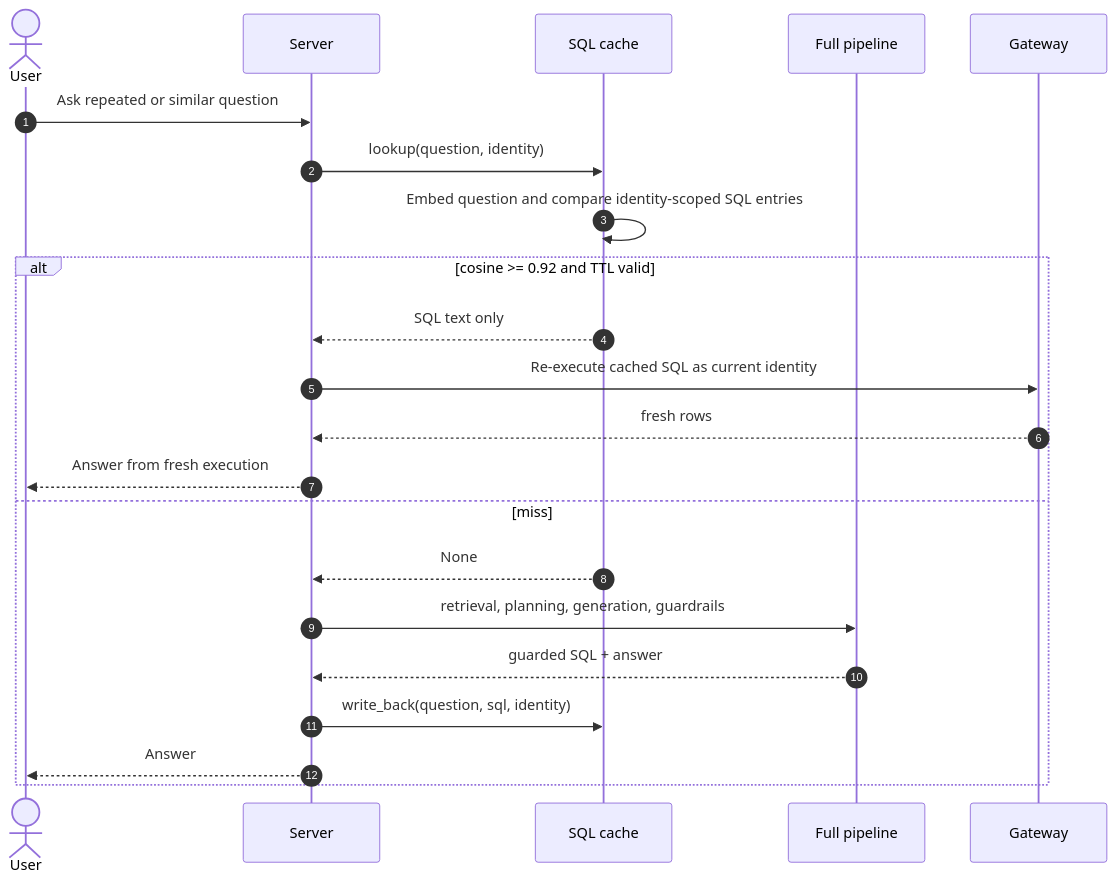
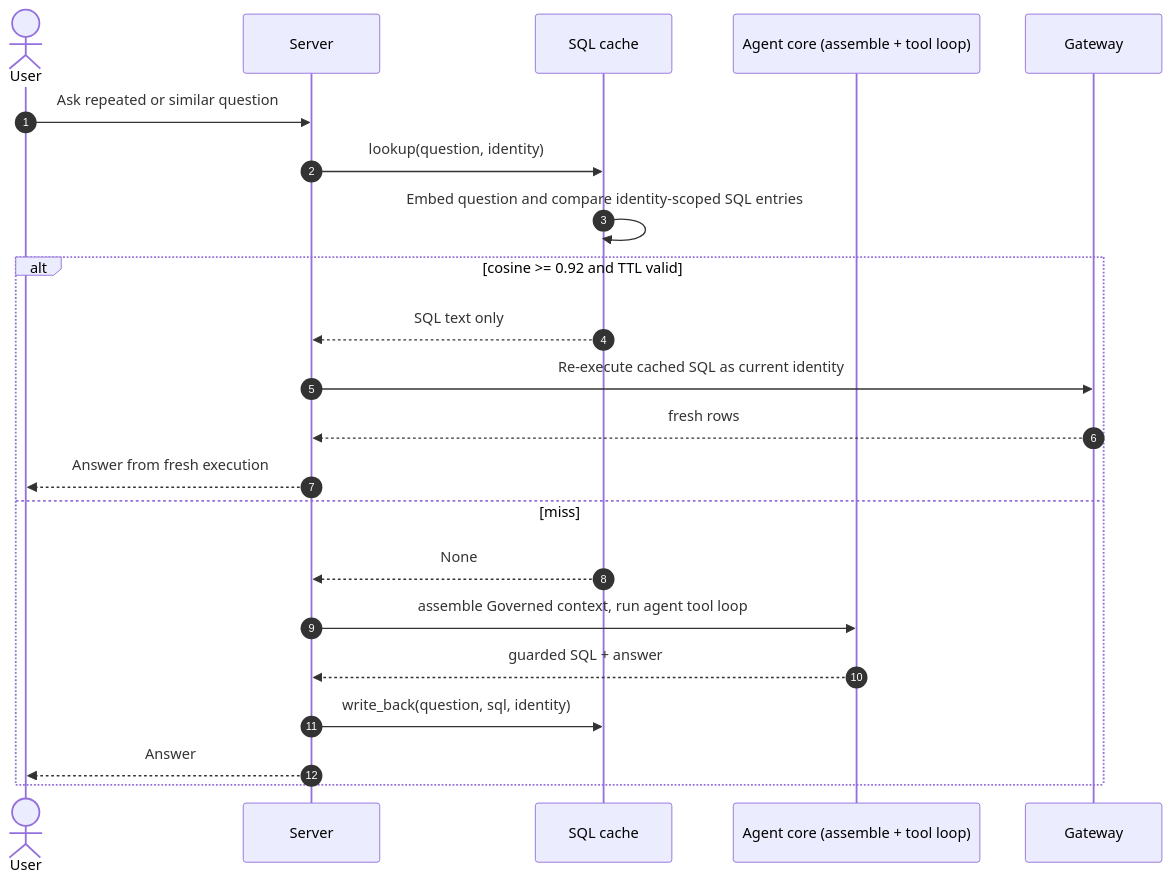
Before and after one commit to Minhao-Zhang/governed-bi: the third of 6 diagrams in docs/diagrams/server.zh.md, drawn with Mermaid. The commit also changed other lines of this file and 25 other files, not shown here.

````diff
--- a/docs/diagrams/server.zh.md
+++ b/docs/diagrams/server.zh.md
@@ -76,25 +80,25 @@
 ```mermaid
 sequenceDiagram
     autonumber
     actor User
     participant Server
     participant Cache as SQL cache
-    participant Pipeline as Full pipeline
+    participant Pipeline as Agent core (assemble + tool loop)
     participant Gateway
 
     User->>Server: Ask repeated or similar question
     Server->>Cache: lookup(question, identity)
     Cache->>Cache: Embed question and compare identity-scoped SQL entries
     alt cosine >= 0.92 and TTL valid
         Cache-->>Server: SQL text only
         Server->>Gateway: Re-execute cached SQL as current identity
         Gateway-->>Server: fresh rows
         Server-->>User: Answer from fresh execution
     else miss
         Cache-->>Server: None
-        Server->>Pipeline: retrieval, planning, generation, guardrails
+        Server->>Pipeline: assemble Governed context, run agent tool loop
         Pipeline-->>Server: guarded SQL + answer
         Server->>Cache: write_back(question, sql, identity)
         Server-->>User: Answer
     end
 ```
````
